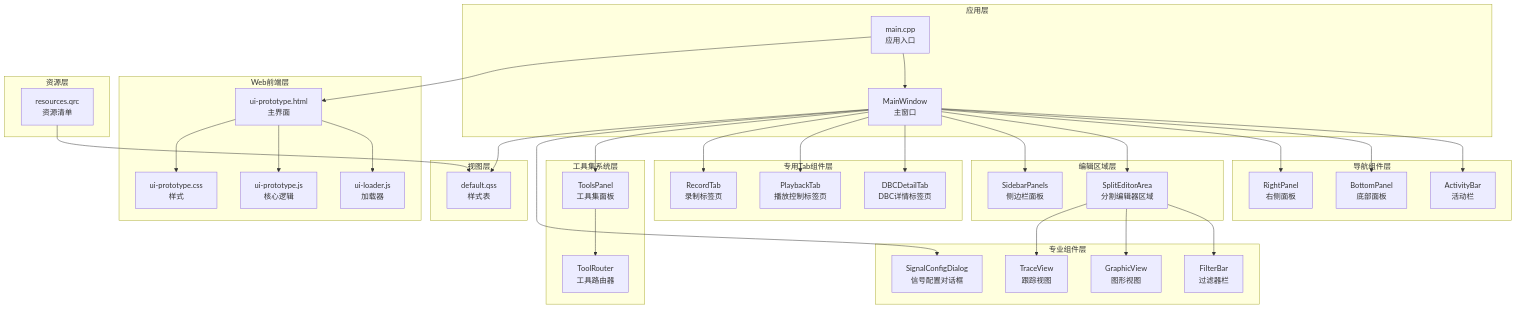
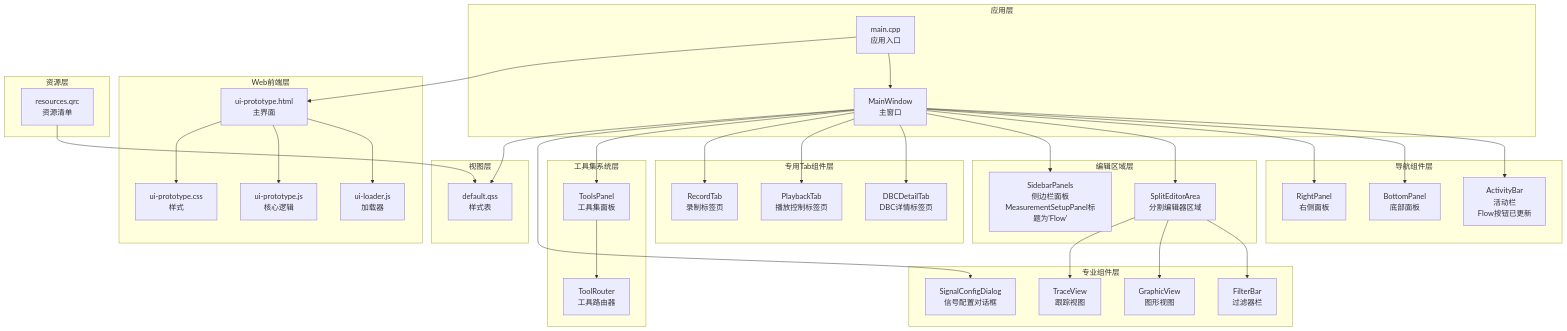
One commit to jakecai1225-design/OpenBus changed the second of 19 diagrams in .qoder/repowiki/zh/content/架构设计/UI系统设计/UI系统设计.md. Above: the diagram before and after it, drawn with Mermaid. The commit also changed other lines of this file and 5 other files, not shown here.

````diff
--- a/.qoder/repowiki/zh/content/架构设计/UI系统设计/UI系统设计.md
+++ b/.qoder/repowiki/zh/content/架构设计/UI系统设计/UI系统设计.md
@@ -153,64 +152,64 @@
 ```mermaid
 graph TB
 subgraph "应用层"
 M["main.cpp<br/>应用入口"]
 MW["MainWindow<br/>主窗口"]
 end
 subgraph "Web前端层"
 WPH["ui-prototype.html<br/>主界面"]
 WL["ui-loader.js<br/>加载器"]
 WP["ui-prototype.js<br/>核心逻辑"]
 WC["ui-prototype.css<br/>样式"]
 end
 subgraph "导航组件层"
-AB["ActivityBar<br/>活动栏"]
+AB["ActivityBar<br/>活动栏<br/>Flow按钮已更新"]
 BP["BottomPanel<br/>底部面板"]
 RP["RightPanel<br/>右侧面板"]
 end
 subgraph "编辑区域层"
 SEA["SplitEditorArea<br/>分割编辑器区域"]
-SBP["SidebarPanels<br/>侧边栏面板"]
+SBP["SidebarPanels<br/>侧边栏面板<br/>MeasurementSetupPanel标题为'Flow'"]
 end
 subgraph "专用Tab组件层"
 DBCT["DBCDetailTab<br/>DBC详情标签页"]
 PB["PlaybackTab<br/>播放控制标签页"]
 RT["RecordTab<br/>录制标签页"]
 end
 subgraph "工具集系统层"
 TP["ToolsPanel<br/>工具集面板"]
 TR["ToolRouter<br/>工具路由器"]
 end
 subgraph "专业组件层"
 FB["FilterBar<br/>过滤器栏"]
 GV["GraphicView<br/>图形视图"]
 TV["TraceView<br/>跟踪视图"]
 SCD["SignalConfigDialog<br/>信号配置对话框"]
 end
 subgraph "视图层"
 QSS["default.qss<br/>样式表"]
 end
 subgraph "资源层"
 QRC["resources.qrc<br/>资源清单"]
 end
 M --> MW
 M --> WPH
 WPH --> WL
 WPH --> WP
 WPH --> WC
 MW --> AB
 MW --> BP
 MW --> RP
 MW --> SEA
 MW --> SBP
 MW --> DBCT
 MW --> PB
 MW --> RT
 MW --> TP
 SEA --> FB
 SEA --> GV
 SEA --> TV
 MW --> SCD
 MW --> QSS
 QRC --> QSS
 TP --> TR
 ```
````
